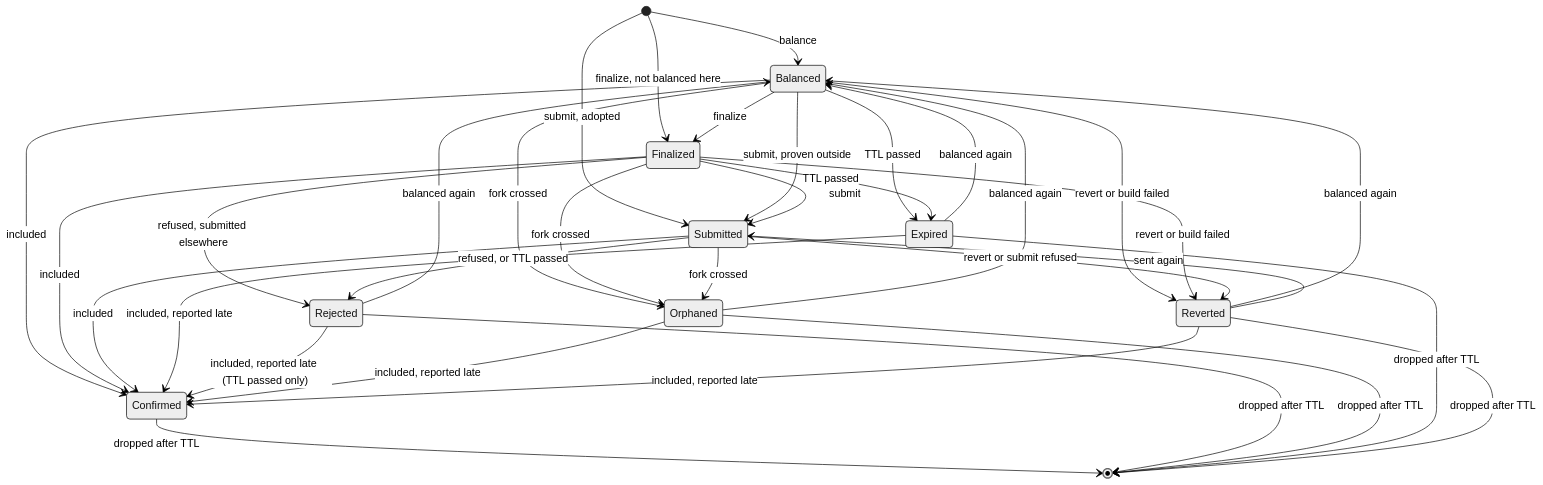
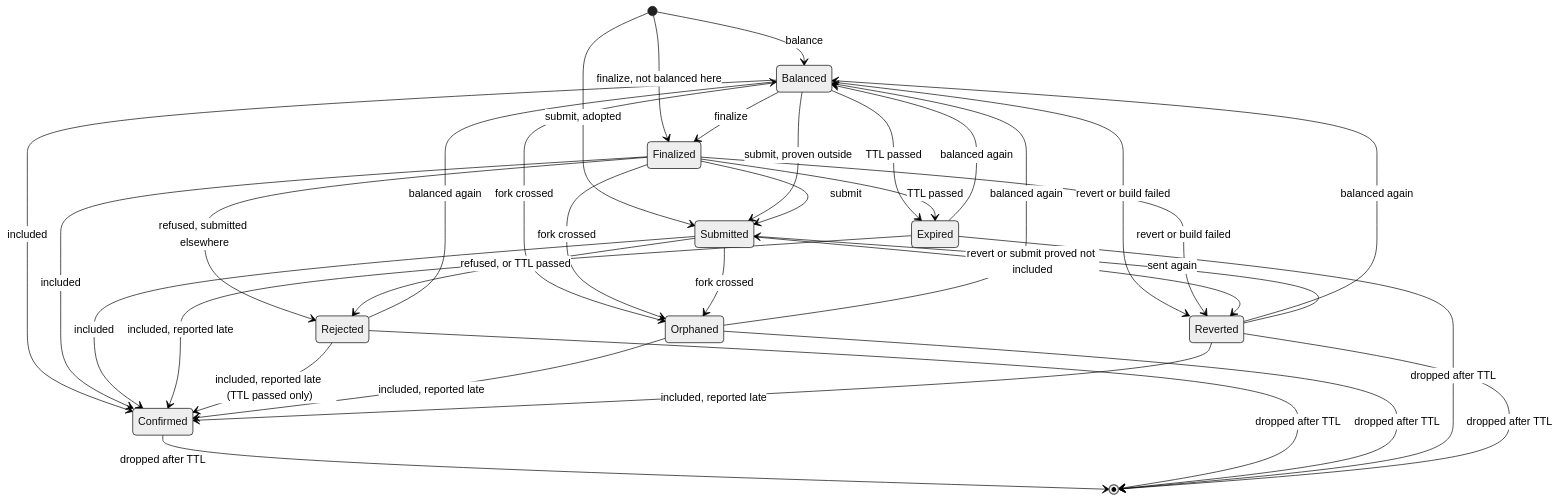
One commit to midnightntwrk/midnight-wallet changed the diagram in docs/decisions/0011-one-lifecycle-record-per-transaction.md. Above: the diagram before and after it, drawn with Mermaid (neutral theme). The commit also changed other lines of this file and 9 other files, not shown here.

````diff
--- a/docs/decisions/0011-one-lifecycle-record-per-transaction.md
+++ b/docs/decisions/0011-one-lifecycle-record-per-transaction.md
@@ -70,36 +70,36 @@
 ```mermaid
 stateDiagram-v2
   [*] --> Balanced: balance
   [*] --> Finalized: finalize, not balanced here
   [*] --> Submitted: submit, adopted
   Balanced --> Finalized: finalize
   Balanced --> Submitted: submit, proven outside
   Finalized --> Submitted: submit
   Balanced --> Confirmed: included
   Finalized --> Confirmed: included
   Submitted --> Confirmed: included
   Finalized --> Rejected: refused, submitted elsewhere
   Submitted --> Rejected: refused, or TTL passed
   Balanced --> Orphaned: fork crossed
   Finalized --> Orphaned: fork crossed
   Submitted --> Orphaned: fork crossed
   Balanced --> Expired: TTL passed
   Finalized --> Expired: TTL passed
   Balanced --> Reverted: revert or build failed
   Finalized --> Reverted: revert or build failed
-  Submitted --> Reverted: revert or submit refused
+  Submitted --> Reverted: revert or submit proved not included
   Rejected --> Balanced: balanced again
   Orphaned --> Balanced: balanced again
   Expired --> Balanced: balanced again
   Reverted --> Balanced: balanced again
   Reverted --> Submitted: sent again
   Expired --> Confirmed: included, reported late
   Rejected --> Confirmed: included, reported late (TTL passed only)
   Orphaned --> Confirmed: included, reported late
   Reverted --> Confirmed: included, reported late
   Confirmed --> [*]: dropped after TTL
   Rejected --> [*]: dropped after TTL
   Orphaned --> [*]: dropped after TTL
   Expired --> [*]: dropped after TTL
   Reverted --> [*]: dropped after TTL
 ```
````
